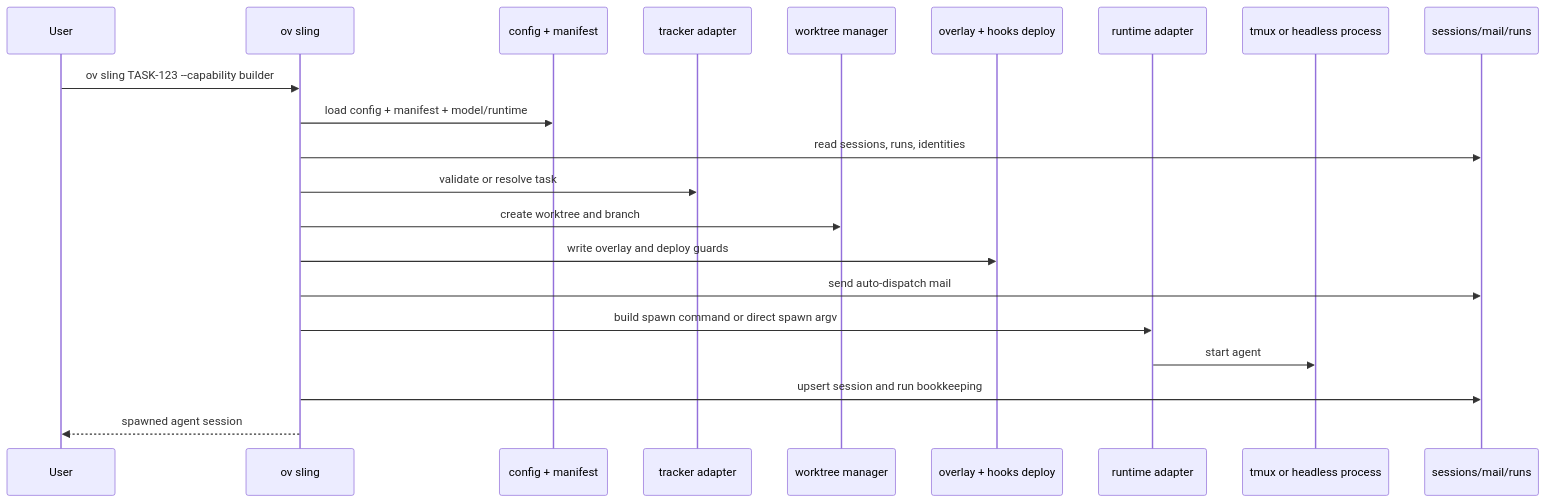
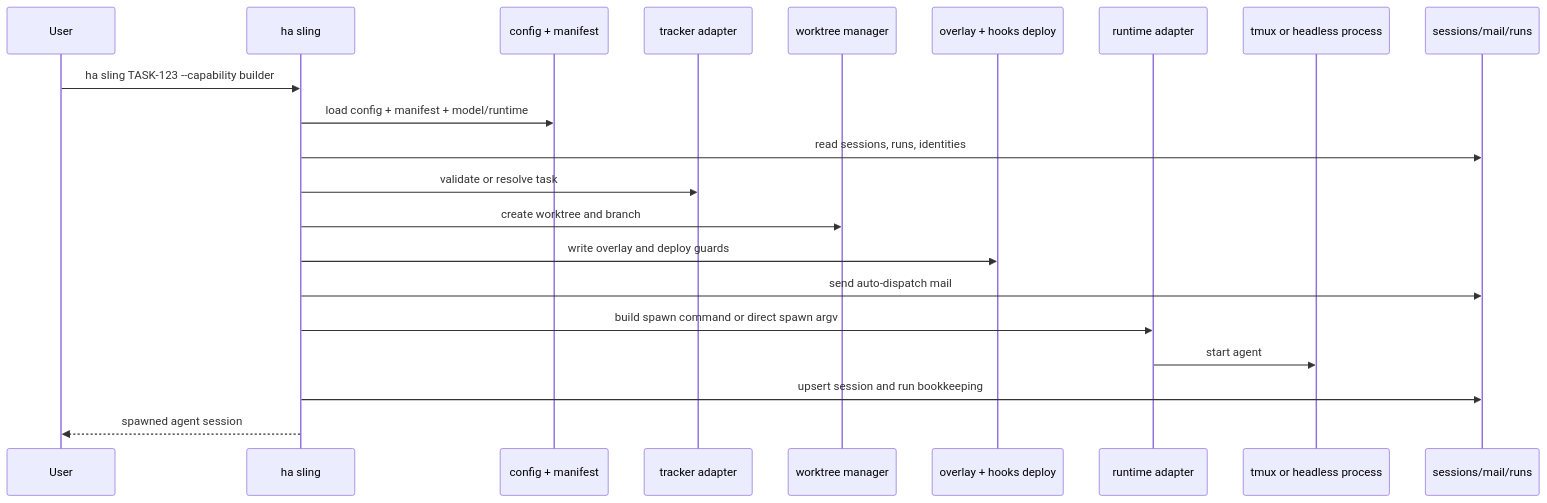
One commit to liker0704/haru changed the second of 9 diagrams in docs/architecture/workflows.md. Above: the diagram before and after it, drawn with Mermaid. The commit also changed other lines of this file and 668 other files, not shown here.

````diff
--- a/docs/architecture/workflows.md
+++ b/docs/architecture/workflows.md
@@ -76,24 +76,24 @@
 ```mermaid
 sequenceDiagram
     participant User
-    participant Sling as ov sling
+    participant Sling as ha sling
     participant Config as config + manifest
     participant Tracker as tracker adapter
     participant WT as worktree manager
     participant Overlay as overlay + hooks deploy
     participant Runtime as runtime adapter
     participant Exec as tmux or headless process
     participant Stores as sessions/mail/runs
 
-    User->>Sling: ov sling TASK-123 --capability builder
+    User->>Sling: ha sling TASK-123 --capability builder
     Sling->>Config: load config + manifest + model/runtime
     Sling->>Stores: read sessions, runs, identities
     Sling->>Tracker: validate or resolve task
     Sling->>WT: create worktree and branch
     Sling->>Overlay: write overlay and deploy guards
     Sling->>Stores: send auto-dispatch mail
     Sling->>Runtime: build spawn command or direct spawn argv
     Runtime->>Exec: start agent
     Sling->>Stores: upsert session and run bookkeeping
     Sling-->>User: spawned agent session
 ```
````
